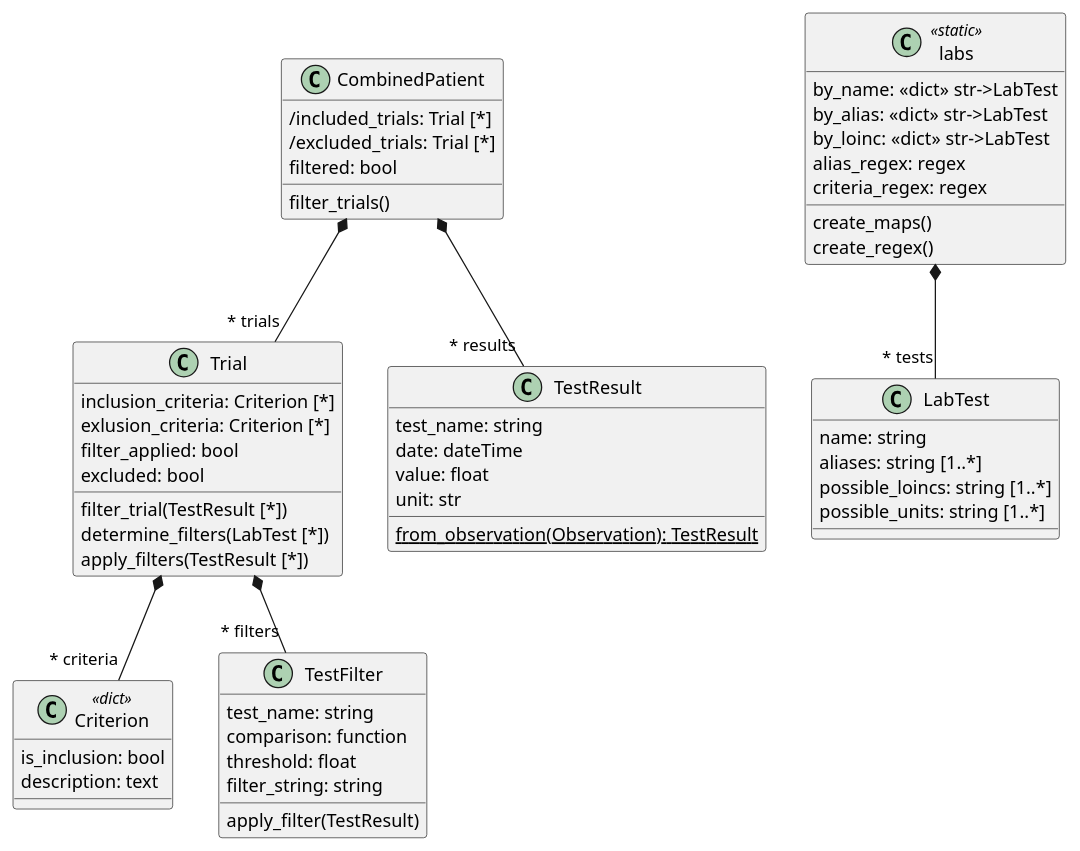
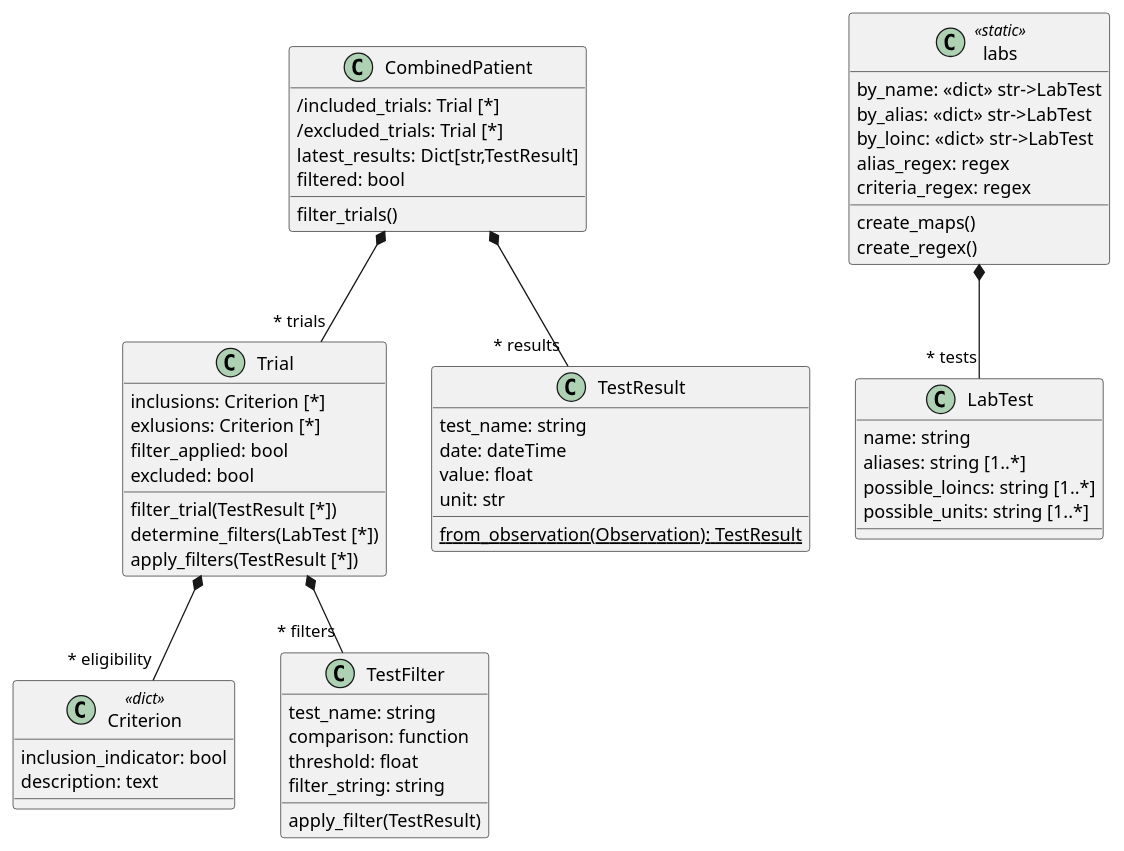
One commit to girls-computing-league/clinical-trial-selector changed the diagram in models/trial_model.md. Above: the diagram before and after it, drawn with PlantUML. The commit also changed 4 other files, not shown here.

````diff
--- a/models/trial_model.md
+++ b/models/trial_model.md
@@ -8,58 +8,59 @@
 ```plantuml
 @startuml trialmodel
     class CombinedPatient {
         /included_trials: Trial [*]
         /excluded_trials: Trial [*]
+        latest_results: Dict[str,TestResult]
         filtered: bool
         filter_trials()
     }
     class Trial {
-        inclusion_criteria: Criterion [*]
-        exlusion_criteria: Criterion [*]
+        inclusions: Criterion [*]
+        exlusions: Criterion [*]
         filter_applied: bool
         excluded: bool
         filter_trial(TestResult [*])
         determine_filters(LabTest [*])
         apply_filters(TestResult [*])
     }
     class Criterion <<dict>> {
-        is_inclusion: bool
+        inclusion_indicator: bool
         description: text
     }
     class TestFilter {
         test_name: string
         comparison: function
         threshold: float
         filter_string: string
         apply_filter(TestResult)
     }
     class LabTest {
         name: string
         aliases: string [1..*]
         possible_loincs: string [1..*]
         possible_units: string [1..*]
     }
     class labs <<static>> {
         by_name: <<dict>> str->LabTest
         by_alias: <<dict>> str->LabTest
         by_loinc: <<dict>> str->LabTest
         alias_regex: regex
         criteria_regex: regex
         create_maps()
         create_regex()
     }
     class TestResult {
         test_name: string
         date: dateTime
         value: float
         unit: str
         {static} from_observation(Observation): TestResult
     }
 
     CombinedPatient *-- "~* trials" Trial
     CombinedPatient *-- "~* results" TestResult
     Trial *-- "~* filters" TestFilter 
-    Trial *-- "~* criteria" Criterion 
+    Trial *-- "~* eligibility" Criterion 
     labs *-- "~* tests" LabTest 
 @enduml
 ```
````
